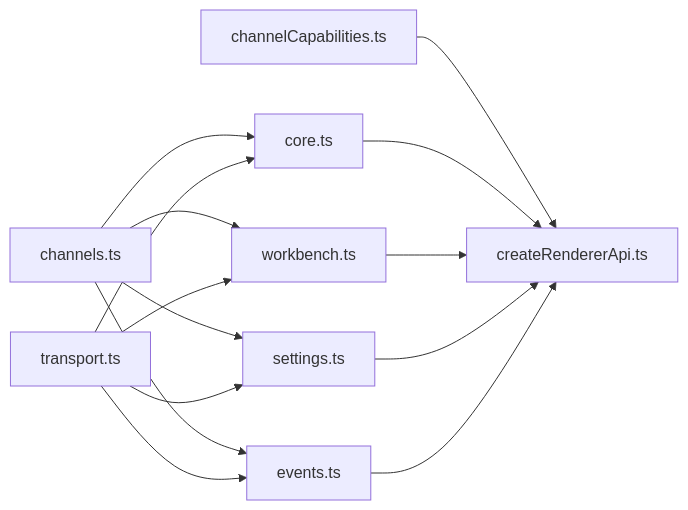
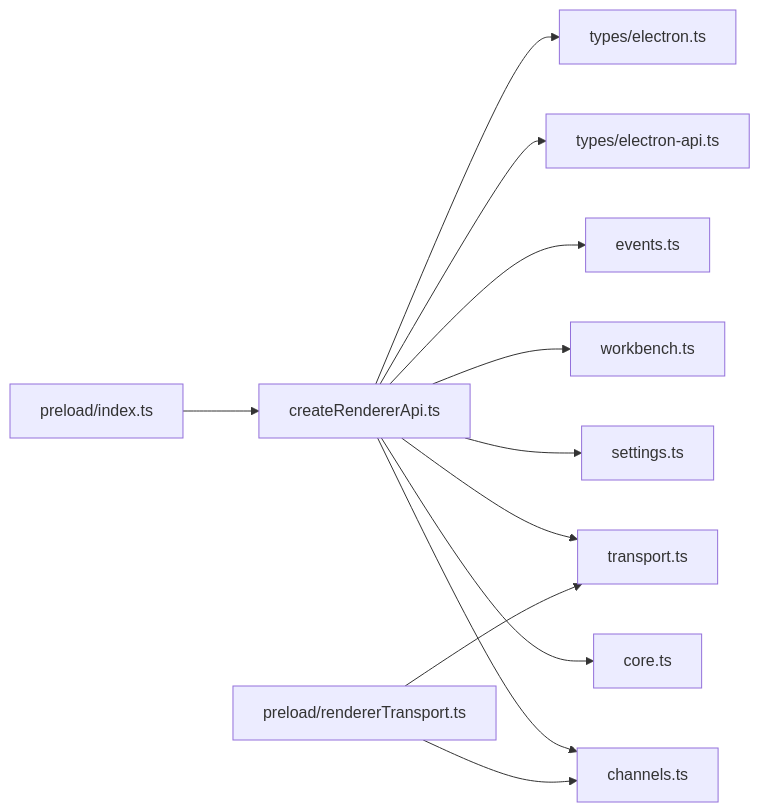
Before and after one commit to haolange/RDC-Agent: the sixth of 7 diagrams in .qoder/repowiki/zh/content/API 参考/Renderer API/Renderer API.md, drawn with Mermaid. The commit also changed other lines of this file and 356 other files, not shown here.

````diff
--- a/.qoder/repowiki/zh/content/API 参考/Renderer API/Renderer API.md
+++ b/.qoder/repowiki/zh/content/API 参考/Renderer API/Renderer API.md
@@ -202,16 +659,14 @@
 ```mermaid
 graph LR
-CH["channels.ts"] --> CORE["core.ts"]
-CH --> WB["workbench.ts"]
-CH --> SET["settings.ts"]
-CH --> EVT["events.ts"]
-TR["transport.ts"] --> CORE
-TR --> WB
-TR --> SET
-TR --> EVT
-CAP["channelCapabilities.ts"] --> ENTRY["createRendererApi.ts"]
-CORE --> ENTRY
-WB --> ENTRY
-SET --> ENTRY
-EVT --> ENTRY
+    Index["preload/index.ts"] --> CreateApi["createRendererApi.ts"]
+    CreateApi --> Channels["channels.ts"]
+    CreateApi --> Core["core.ts"]
+    CreateApi --> Settings["settings.ts"]
+    CreateApi --> Workbench["workbench.ts"]
+    CreateApi --> Events["events.ts"]
+    CreateApi --> TransportType["transport.ts"]
+    CreateApi --> Types["types/electron-api.ts"]
+    CreateApi --> ElectronTypes["types/electron.ts"]
+    TransportImpl["preload/rendererTransport.ts"] --> TransportType
+    TransportImpl --> Channels
 ```
````
